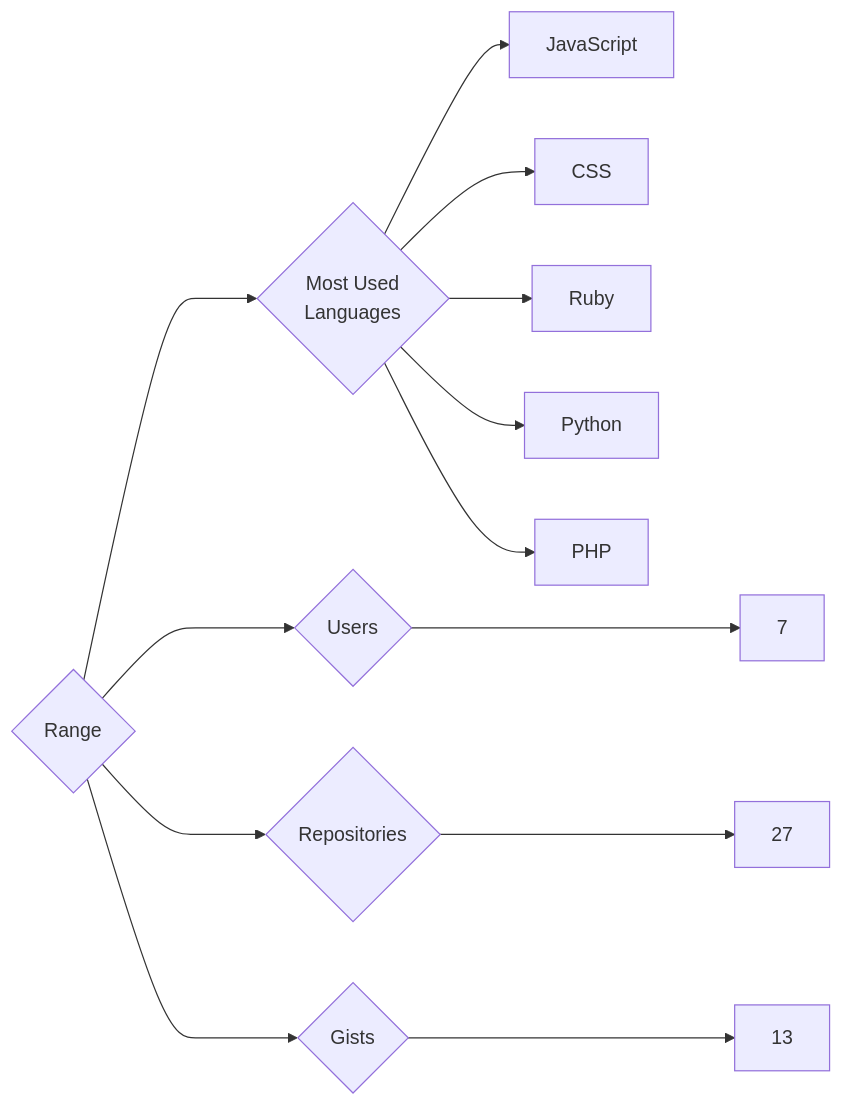
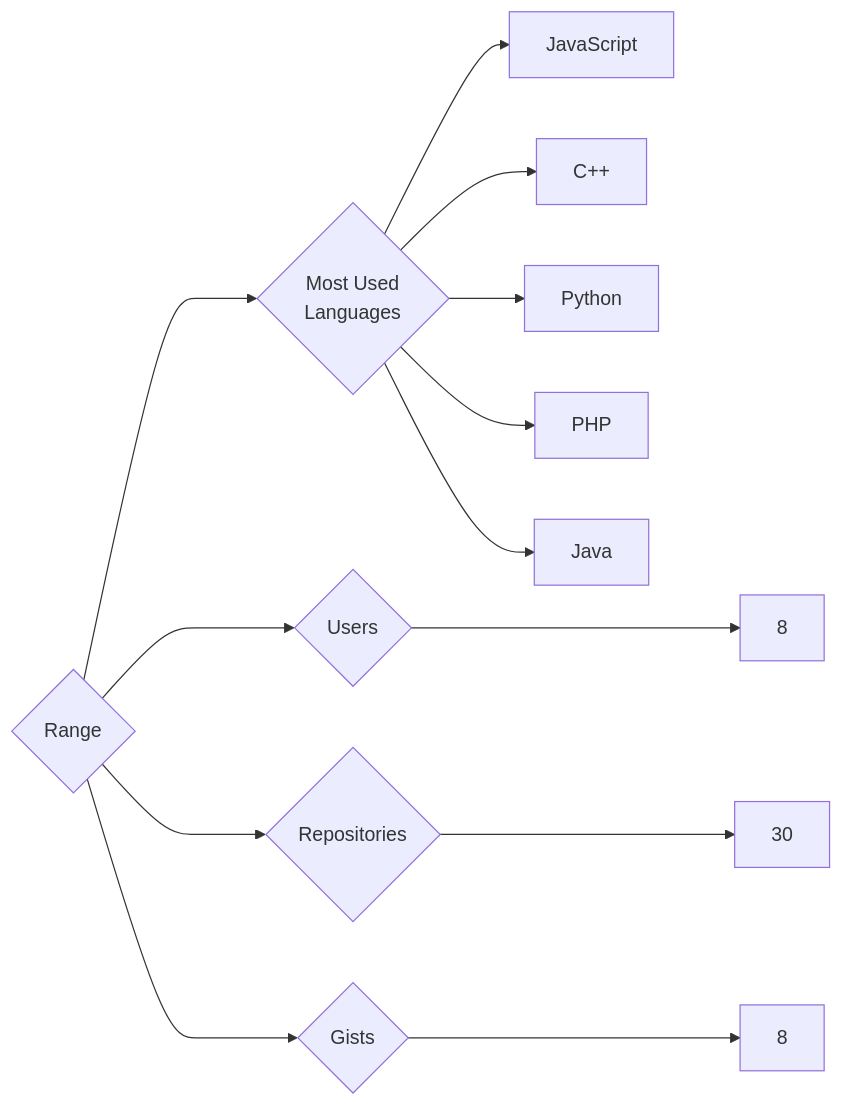
One commit to trickest/insiders changed the diagram in targets/Range/README.md. Above: the diagram before and after it, drawn with Mermaid. The commit also changed 773 other files, not shown here.

````diff
--- a/targets/Range/README.md
+++ b/targets/Range/README.md
@@ -3,13 +3,13 @@
 ```mermaid
 graph LR
 COMPANY_NAME{Range}
-COMPANY_NAME ---> U{Users} ---> UN[7]
-COMPANY_NAME ---> R{Repositories} ---> RN[27]
-COMPANY_NAME ---> G{Gists} ---> GN[13]
+COMPANY_NAME ---> U{Users} ---> UN[8]
+COMPANY_NAME ---> R{Repositories} ---> RN[30]
+COMPANY_NAME ---> G{Gists} ---> GN[8]
 COMPANY_NAME ---> ML{Most Used<br>Languages}
 ML --> JavaScript[JavaScript]
-ML --> CSS[CSS]
-ML --> Ruby[Ruby]
+ML --> C++[C++]
 ML --> Python[Python]
 ML --> PHP[PHP]
+ML --> Java[Java]
 ```
````
